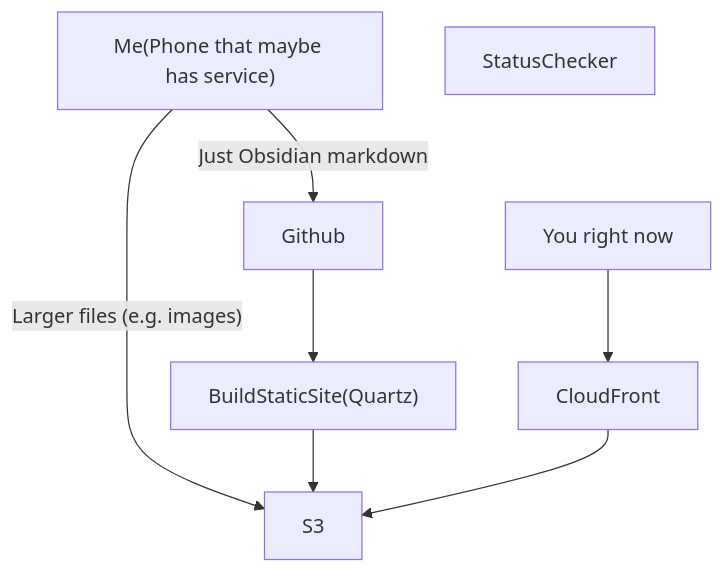
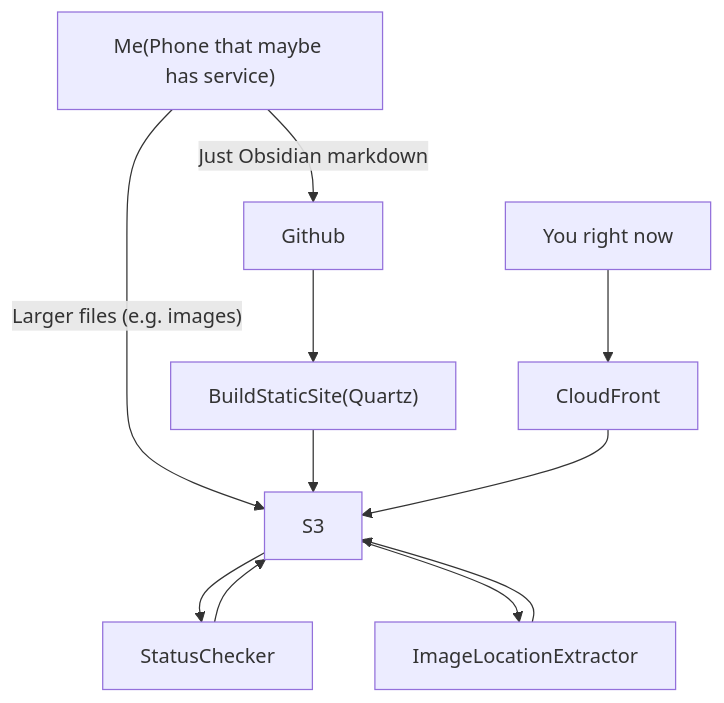
One commit to adamkilpatrick/trail-notes changed the diagram in Misc/Tech.md. Above: the diagram before and after it, drawn with Mermaid. The commit also changed other lines of this file and 2 other files, not shown here.

Commit message:
Add image location overlays

````diff
--- a/Misc/Tech.md
+++ b/Misc/Tech.md
@@ -10,19 +10,24 @@
 ```mermaid  
 	graph TD
 	
 	A["Me(Phone that maybe has service)"]
 	B[Github]
 	C[S3]
 	D["BuildStaticSite(Quartz)"]
 	E[CloudFront]
 	F[You right now]
 	G[StatusChecker]
+    H[ImageLocationExtractor]
 	
 	A -->|Just Obsidian markdown| B
 	A -->|"Larger files (e.g. images)"|C
 	B --> D
 	D --> C
 	E --> C
 	F --> E
+    G --> C
+    C --> G
+    H --> C
+    C --> H
 
 ```
````
